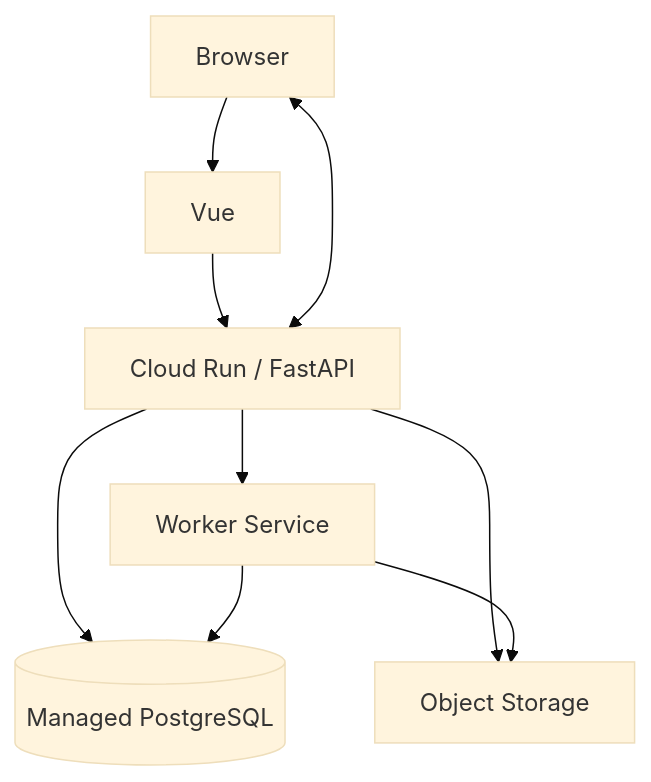
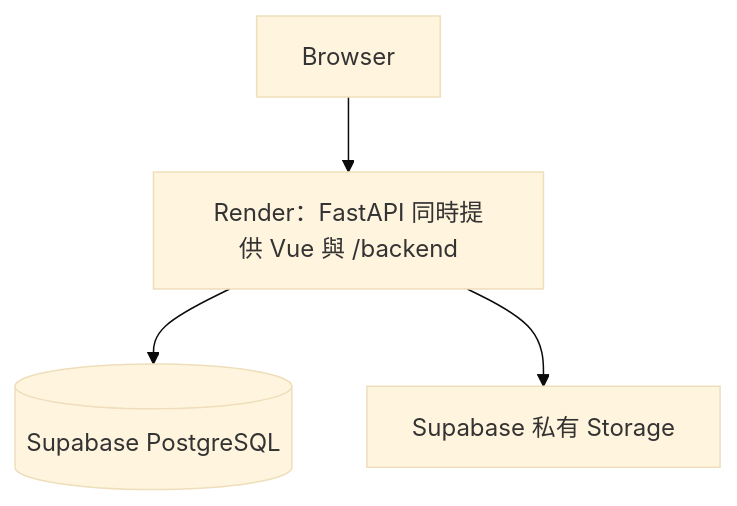
The third of 3 diagrams in docs/SAD系統架構設計.md (AnChen1026/AIPE04_group3), drawn with Mermaid (base theme) before and after one commit. The commit also changed other lines of this file and 40 other files, not shown here.

````diff
--- a/docs/SAD系統架構設計.md
+++ b/docs/SAD系統架構設計.md
@@ -227,11 +234,6 @@
 ```mermaid
 flowchart TD
-    Browser --> V[Vue]
-    V --> C[Cloud Run / FastAPI]
-    Browser <--> C
-    C --> P[(Managed PostgreSQL)]
-    C --> O[Object Storage]
-    C --> W[Worker Service]
-    W --> P
-    W --> O
+    Browser --> C[Render：FastAPI 同時提供 Vue 與 /backend]
+    C --> P[(Supabase PostgreSQL)]
+    C --> O[Supabase 私有 Storage]
 ```
````
